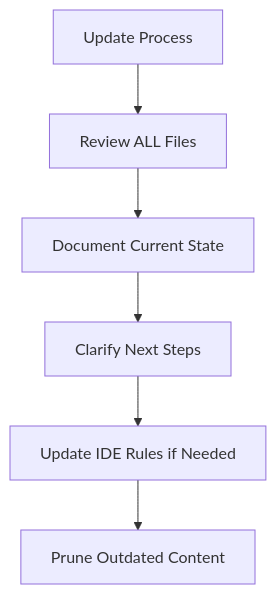
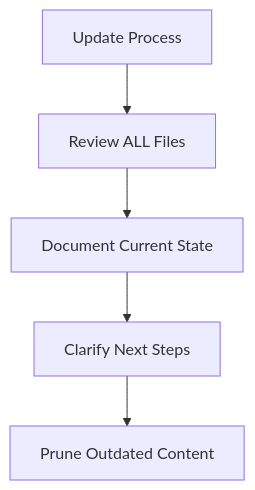
One commit to sfc-gh-myoung/ai_coding_rules changed the second of 4 diagrams in rules/001-memory-bank.md. Above: the diagram before and after it, drawn with Mermaid. The commit also changed other lines of this file and 4 other files, not shown here.

````diff
--- a/rules/001-memory-bank.md
+++ b/rules/001-memory-bank.md
@@ -359,8 +550,7 @@
 ```mermaid
 flowchart TD
     Start[Update Process] --> P1[Review ALL Files]
     P1 --> P2[Document Current State]
     P2 --> P3[Clarify Next Steps]
-    P3 --> P4[Update IDE Rules if Needed]
-    P4 --> P5[Prune Outdated Content]
+    P3 --> P4[Prune Outdated Content]
 ```
````
